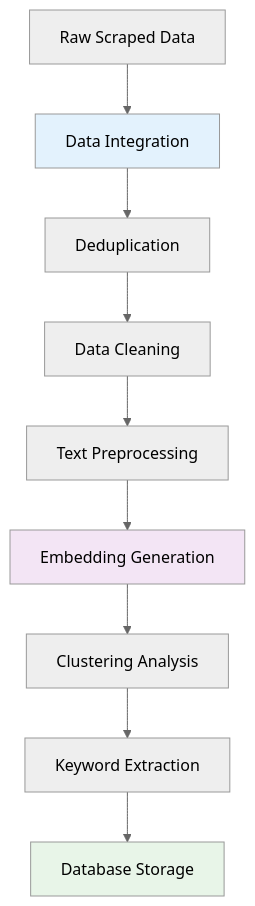
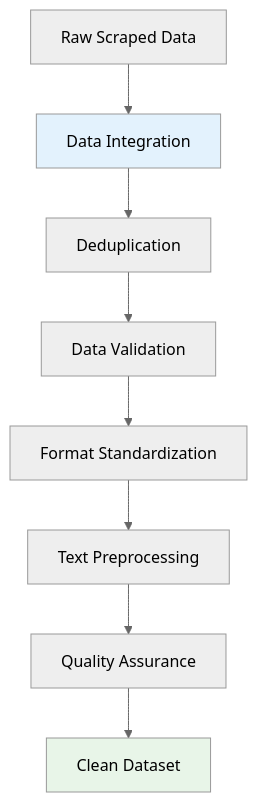
The diagram in docs/data-cleaning/intro.md (JobInsights/docs), drawn with Mermaid (neutral theme) before and after one commit. The commit also changed other lines of this file and 23 other files, not shown here.

````diff
--- a/docs/data-cleaning/intro.md
+++ b/docs/data-cleaning/intro.md
@@ -32,15 +32,13 @@
 ```mermaid
 graph TD
     A[Raw Scraped Data] --> B[Data Integration]
     B --> C[Deduplication]
-    C --> D[Data Cleaning]
-    D --> E[Text Preprocessing]
-    E --> F[Embedding Generation]
-    F --> G[Clustering Analysis]
-    G --> H[Keyword Extraction]
-    H --> I[Database Storage]
+    C --> D[Data Validation]
+    D --> E[Format Standardization]
+    E --> F[Text Preprocessing]
+    F --> G[Quality Assurance]
+    G --> H[Clean Dataset]
 
     style B fill:#e3f2fd
-    style F fill:#f3e5f5
-    style I fill:#e8f5e8
+    style H fill:#e8f5e8
 ```
````
